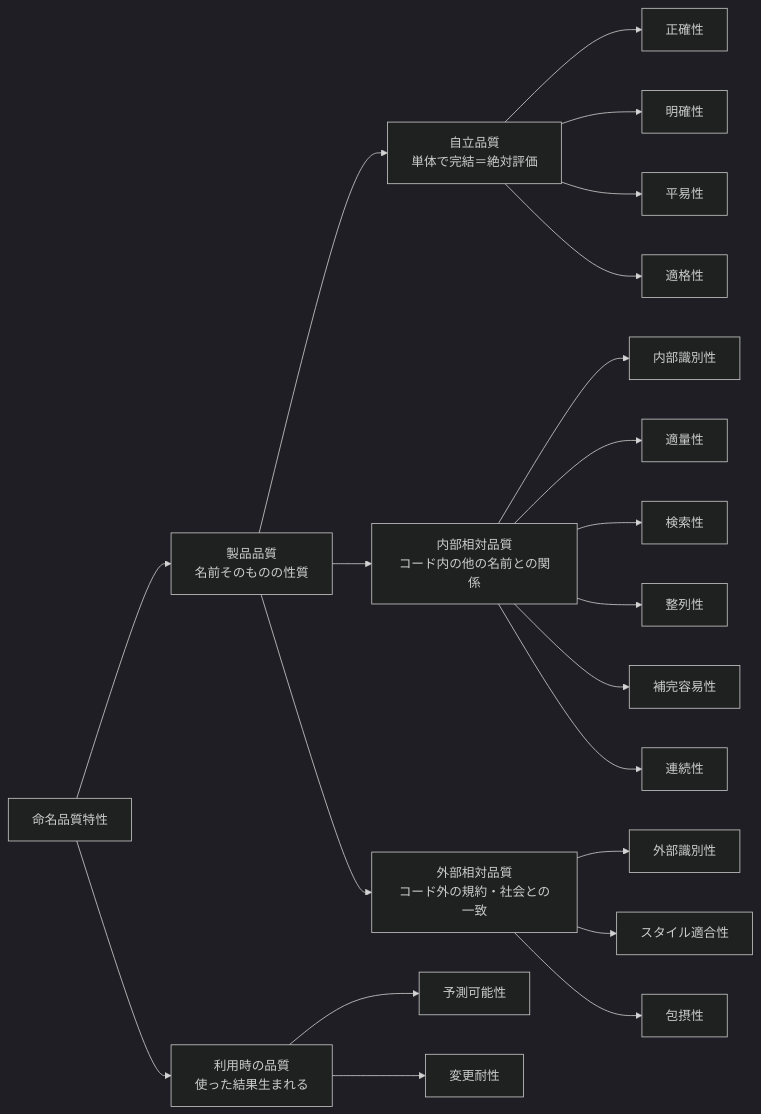
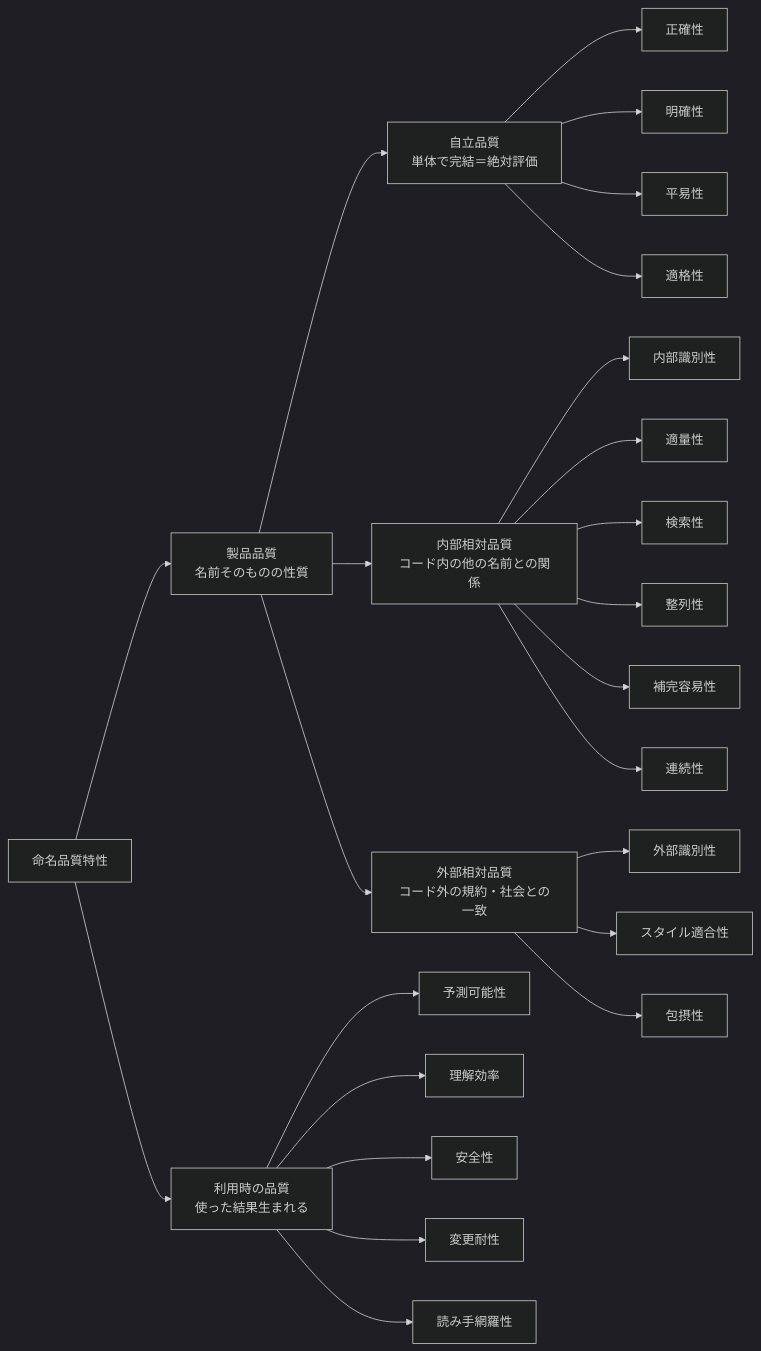
One commit to kagankan/zenn-articles changed the diagram in articles/naming-quality-characteristics.md. Above: the diagram before and after it, drawn with Mermaid (dark theme). The commit also changed other lines of this file and 2 other files, not shown here.

````diff
--- a/articles/naming-quality-characteristics.md
+++ b/articles/naming-quality-characteristics.md
@@ -15,30 +15,33 @@
 ```mermaid
 graph LR
   R[命名品質特性]
 
   R --> P[製品品質<br/>名前そのものの性質]
   R --> U[利用時の品質<br/>使った結果生まれる]
 
   P --> A[自立品質<br/>単体で完結＝絶対評価]
   P --> I[内部相対品質<br/>コード内の他の名前との関係]
   P --> E[外部相対品質<br/>コード外の規約・社会との一致]
 
   A --> A1[正確性]
   A --> A2[明確性]
   A --> A3[平易性]
   A --> A4[適格性]
 
   I --> I1[内部識別性]
   I --> I2[適量性]
   I --> I3[検索性]
   I --> I4[整列性]
   I --> I5[補完容易性]
   I --> I6[連続性]
 
   E --> E1[外部識別性]
   E --> E2[スタイル適合性]
   E --> E3[包摂性]
 
   U --> U1[予測可能性]
-  U --> U2[変更耐性]
+  U --> U2[理解効率]
+  U --> U3[安全性]
+  U --> U4[変更耐性]
+  U --> U5[読み手網羅性]
 ```
````
